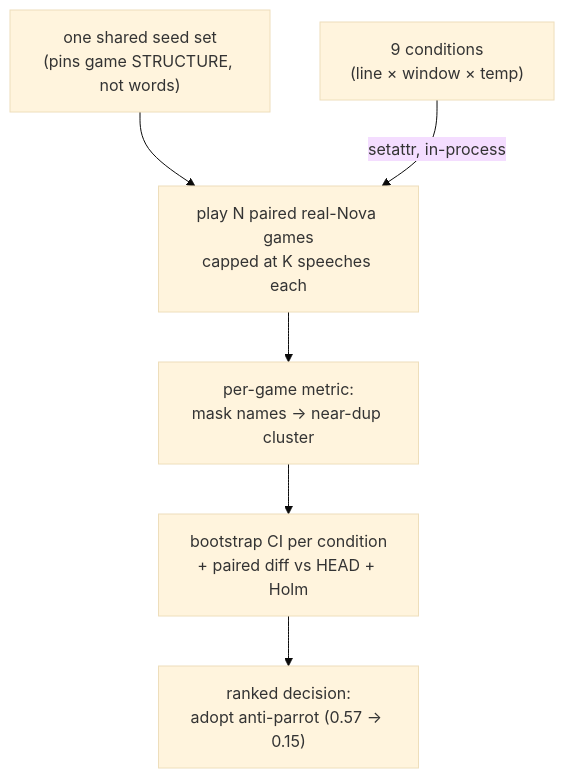
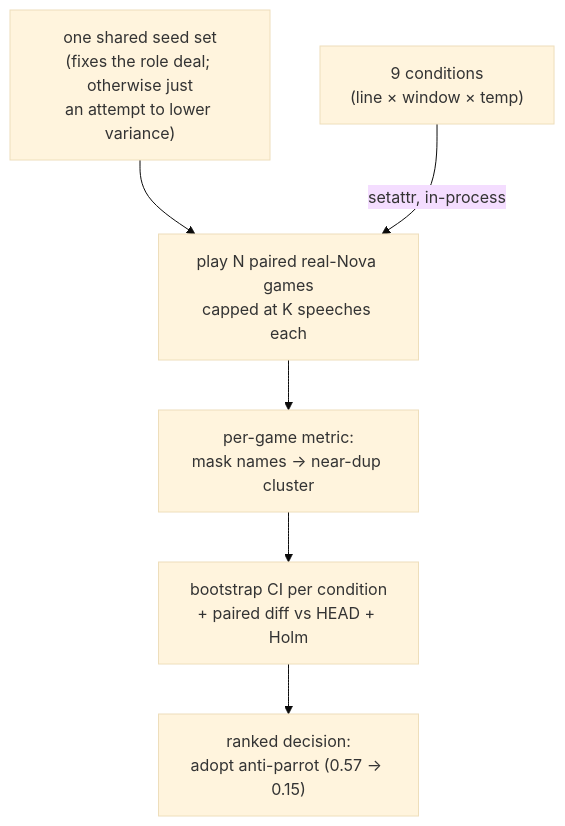
One commit to tigra/graphia changed the diagram in context/tutorials/009-ai-collusion-awareness/tutorial.md. Above: the diagram before and after it, drawn with Mermaid (base theme). The commit also changed other lines of this file and 2 other files, not shown here.

First line of the commit message:
Tutorial/experiment 009: correct the seeding claim — variance reduction, not matched pairs

````diff
--- a/context/tutorials/009-ai-collusion-awareness/tutorial.md
+++ b/context/tutorials/009-ai-collusion-awareness/tutorial.md
@@ -52,10 +52,10 @@
 ```mermaid
 flowchart TD
-    SEED["one shared seed set<br/>(pins game STRUCTURE, not words)"]
+    SEED["one shared seed set<br/>(fixes the role deal; otherwise just<br/>an attempt to lower variance)"]
     COND["9 conditions<br/>(line × window × temp)"]
     SEED --> RUN
     COND -->|"setattr, in-process"| RUN["play N paired real-Nova games<br/>capped at K speeches each"]
     RUN --> MET["per-game metric:<br/>mask names → near-dup cluster"]
     MET --> STAT["bootstrap CI per condition<br/>+ paired diff vs HEAD + Holm"]
     STAT --> DEC["ranked decision:<br/>adopt anti-parrot (0.57 → 0.15)"]
 ```
````
